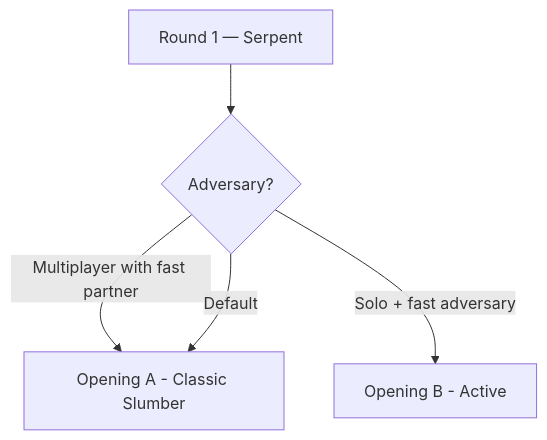
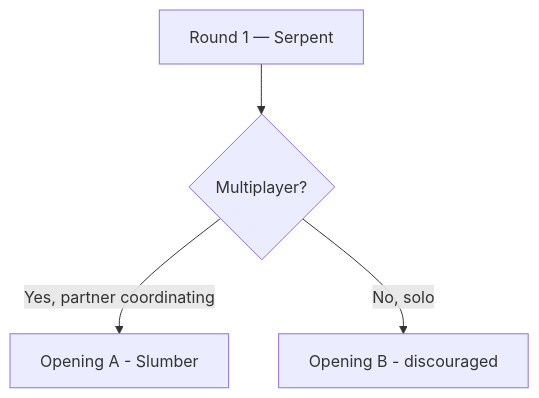
The diagram in src/spirits/moderate/serpent-slumbering-beneath-the-island.md (bfowle/spirit-island), drawn with Mermaid before and after one commit. The commit also changed other lines of this file and 3 other files, not shown here.

```diff
--- a/src/spirits/moderate/serpent-slumbering-beneath-the-island.md
+++ b/src/spirits/moderate/serpent-slumbering-beneath-the-island.md
@@ -113,7 +87,6 @@
 <pre class="mermaid">
 graph TD
-  Start[Round 1 — Serpent] --> Adv{Adversary?}
-  Adv -->|Multiplayer with fast partner| A[Opening A - Classic Slumber]
-  Adv -->|Solo + fast adversary| B[Opening B - Active]
-  Adv -->|Default| A
+  Start[Round 1 — Serpent] --> MP{Multiplayer?}
+  MP -->|Yes, partner coordinating| A[Opening A - Slumber]
+  MP -->|No, solo| B[Opening B - discouraged]
 </pre>
```
